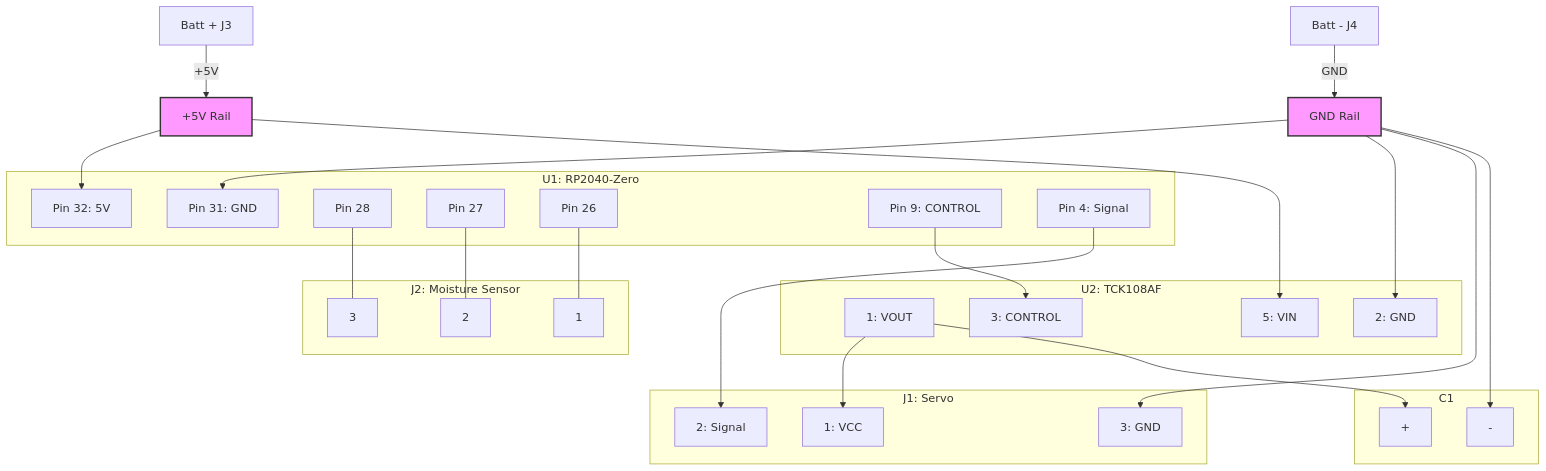
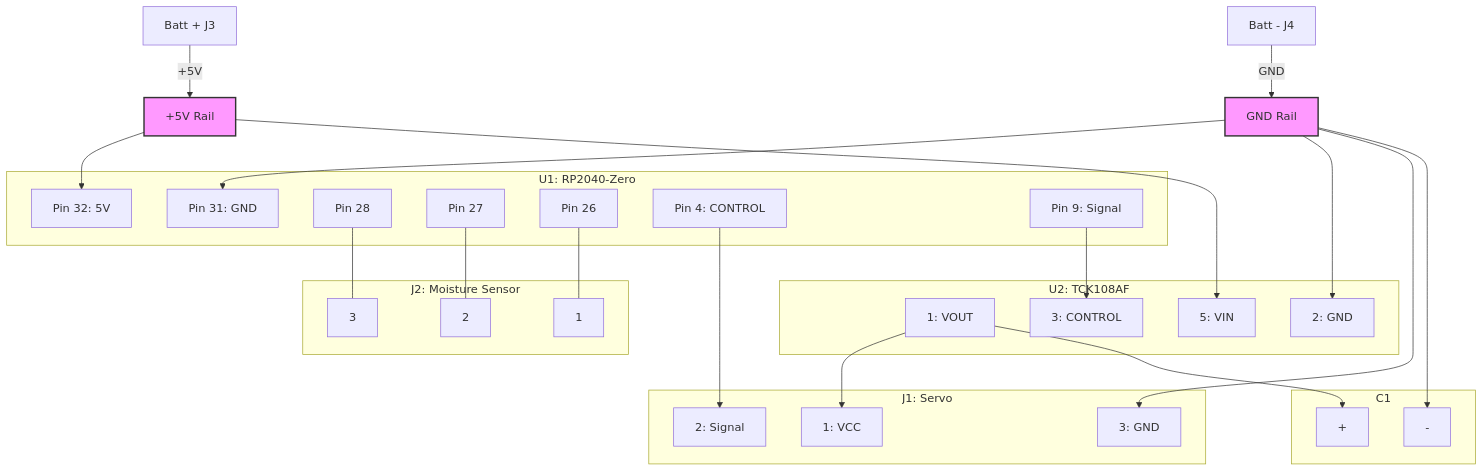
One commit to otaka44/rp2040-plant-care-bot changed the diagram in README.md. Above: the diagram before and after it, drawn with Mermaid. The commit also changed other lines of this file, not shown here.

````diff
--- a/README.md
+++ b/README.md
@@ -34,64 +43,64 @@
 ```mermaid
 graph TD
     %% 電源系
     Batt_Plus[Batt + J3] -- +5V --> PowerRail[+5V Rail]
     Batt_Minus[Batt - J4] -- GND --> GNDRail[GND Rail]
 
     %% マイコン
     subgraph RP2040-Zero [U1: RP2040-Zero]
         P32[Pin 32: 5V]
         P31[Pin 31: GND]
         P28[Pin 28]
         P27[Pin 27]
         P26[Pin 26]
-        P9[Pin 9: CONTROL]
-        P4[Pin 4: Signal]
+        P9[Pin 4: CONTROL]
+        P4[Pin 9: Signal]
     end
 
     %% スイッチ
     subgraph TCK108AF [U2: TCK108AF]
         U2_1[1: VOUT]
         U2_2[2: GND]
         U2_3[3: CONTROL]
         U2_5[5: VIN]
     end
 
     %% 周辺機器
     subgraph Moisture_Sensor [J2: Moisture Sensor]
         MS3[3]
         MS2[2]
         MS1[1]
     end
 
     subgraph Servo [J1: Servo]
         SV1[1: VCC]
         SV2[2: Signal]
         SV3[3: GND]
     end
 
     subgraph Capacitor [C1]
         C_Pos[+]
         C_Neg[-]
     end
 
     %% 結線
     PowerRail --> P32
     PowerRail --> U2_5
     GNDRail --> P31
     GNDRail --> U2_2
     GNDRail --> SV3
     GNDRail --> C_Neg
 
     P28 --- MS3
     P27 --- MS2
     P26 --- MS1
 
-    P9 --> U2_3
+    P9 --> SV2
     U2_1 --> SV1
     U2_1 --> C_Pos
-    P4 --> SV2
+    P4 --> U2_3
 
     %% スタイル定義
     classDef power fill:#f9f,stroke:#333,stroke-width:2px;
     class PowerRail,GNDRail power;
 ```
````
